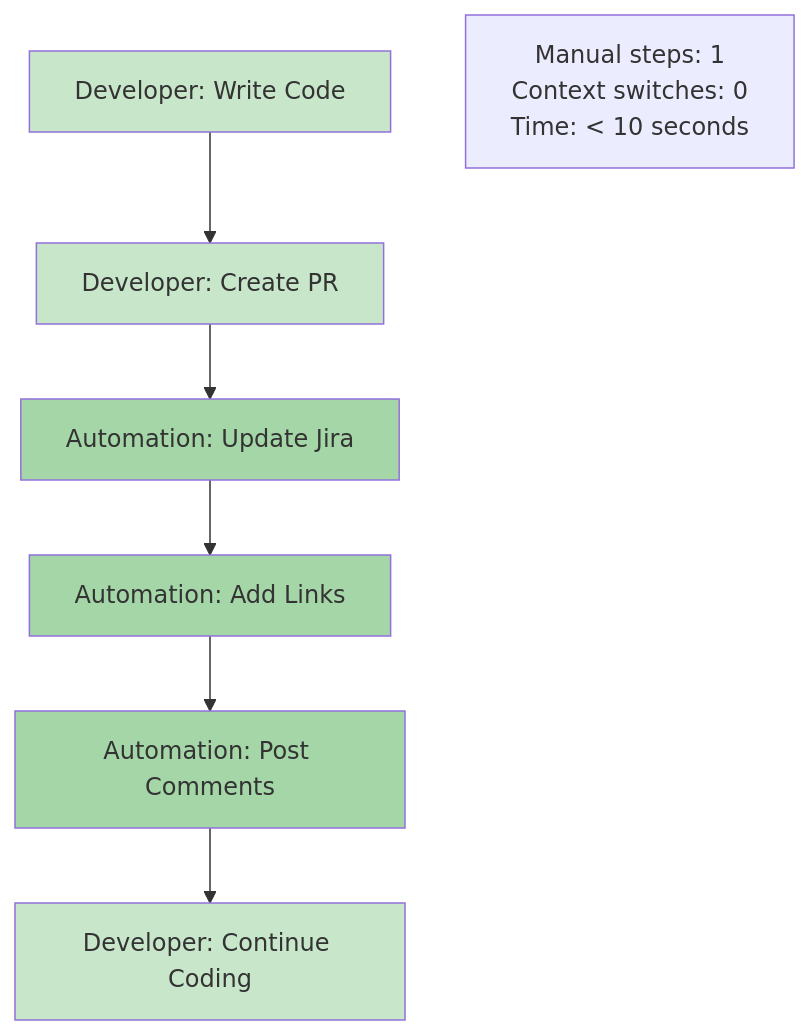
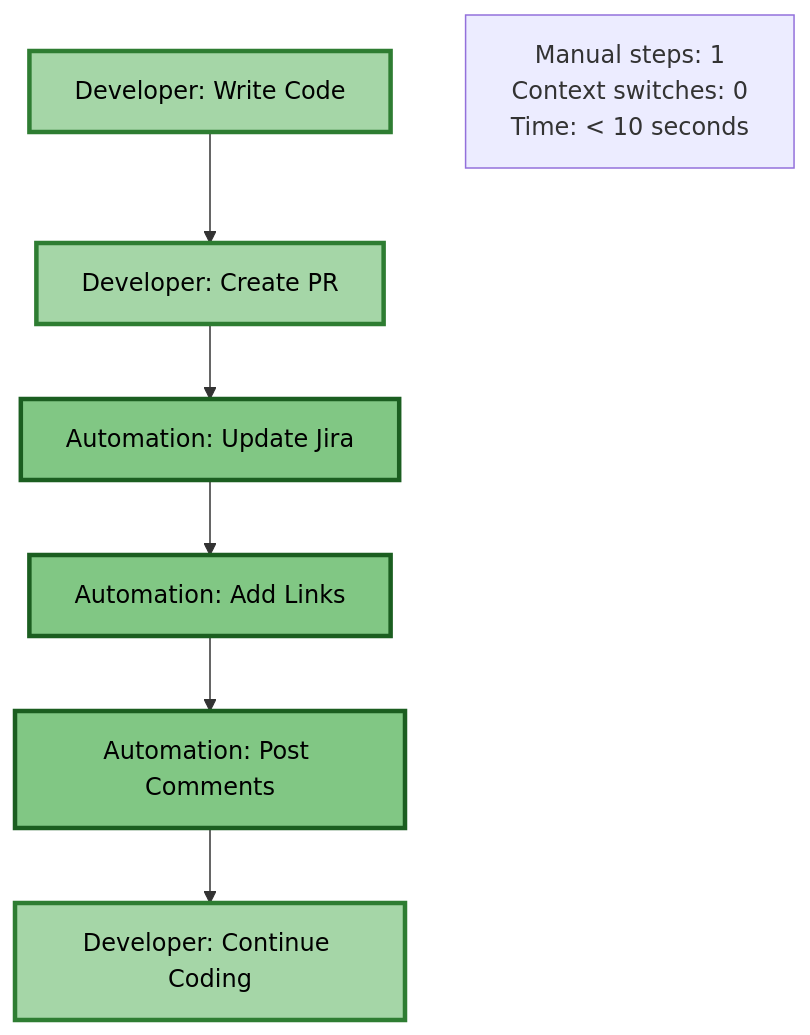
One commit to proteus100/jira-demo-project changed the sixth of 7 diagrams in UX_ARTIFACTS/WORKFLOW_VISUAL_DIAGRAM.md. Above: the diagram before and after it, drawn with Mermaid. The commit also changed other lines of this file, not shown here.

First line of the commit message:
Improve diagram contrast for better accessibility

````diff
--- a/UX_ARTIFACTS/WORKFLOW_VISUAL_DIAGRAM.md
+++ b/UX_ARTIFACTS/WORKFLOW_VISUAL_DIAGRAM.md
@@ -151,17 +154,17 @@
 ```mermaid
 graph TD
     A[Developer: Write Code] --> B[Developer: Create PR]
     B --> C[Automation: Update Jira]
     C --> D[Automation: Add Links]
     D --> E[Automation: Post Comments]
     E --> F[Developer: Continue Coding]
 
-    style A fill:#C8E6C9
-    style B fill:#C8E6C9
-    style C fill:#A5D6A7
-    style D fill:#A5D6A7
-    style E fill:#A5D6A7
-    style F fill:#C8E6C9
+    style A fill:#A5D6A7,stroke:#2E7D32,stroke-width:3px,color:#000
+    style B fill:#A5D6A7,stroke:#2E7D32,stroke-width:3px,color:#000
+    style C fill:#81C784,stroke:#1B5E20,stroke-width:3px,color:#000
+    style D fill:#81C784,stroke:#1B5E20,stroke-width:3px,color:#000
+    style E fill:#81C784,stroke:#1B5E20,stroke-width:3px,color:#000
+    style F fill:#A5D6A7,stroke:#2E7D32,stroke-width:3px,color:#000
 
     note[Manual steps: 1<br/>Context switches: 0<br/>Time: < 10 seconds]
 ```
````
